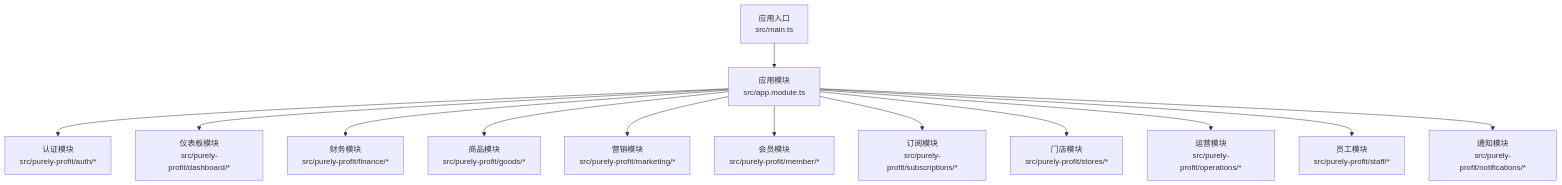
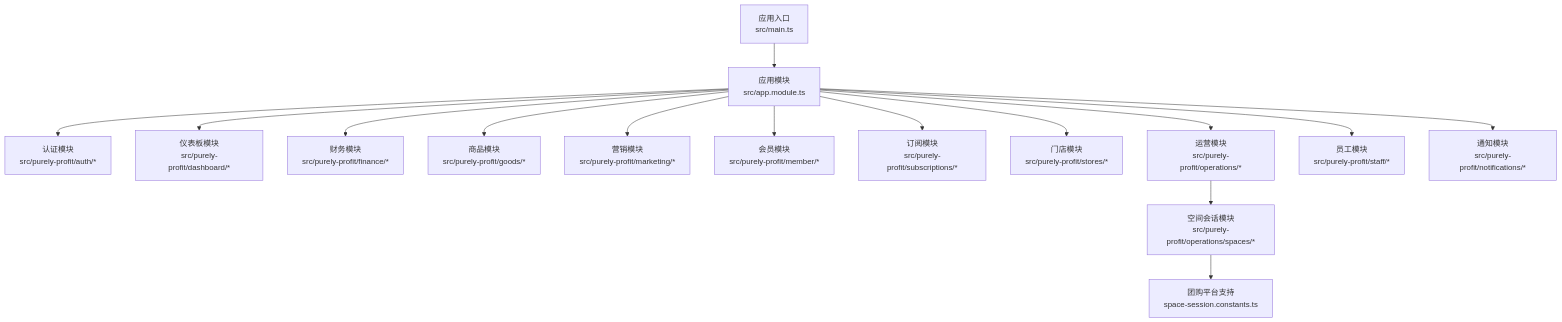
The first of 14 diagrams in .qoder/repowiki/zh/content/API 接口文档/API 接口文档.md (rc558620/purelyprofit-server), drawn with Mermaid before and after one commit. The commit also changed other lines of this file and 117 other files, not shown here.

````diff
--- a/.qoder/repowiki/zh/content/API 接口文档/API 接口文档.md
+++ b/.qoder/repowiki/zh/content/API 接口文档/API 接口文档.md
@@ -264,15 +280,17 @@
 ```mermaid
 graph TB
 A["应用入口<br/>src/main.ts"] --> B["应用模块<br/>src/app.module.ts"]
 B --> C["认证模块<br/>src/purely-profit/auth/*"]
 B --> D["仪表板模块<br/>src/purely-profit/dashboard/*"]
 B --> E["财务模块<br/>src/purely-profit/finance/*"]
 B --> F["商品模块<br/>src/purely-profit/goods/*"]
 B --> G["营销模块<br/>src/purely-profit/marketing/*"]
 B --> H["会员模块<br/>src/purely-profit/member/*"]
 B --> I["订阅模块<br/>src/purely-profit/subscriptions/*"]
 B --> J["门店模块<br/>src/purely-profit/stores/*"]
 B --> K["运营模块<br/>src/purely-profit/operations/*"]
 B --> L["员工模块<br/>src/purely-profit/staff/*"]
 B --> M["通知模块<br/>src/purely-profit/notifications/*"]
+K --> N["空间会话模块<br/>src/purely-profit/operations/spaces/*"]
+N --> O["团购平台支持<br/>space-session.constants.ts"]
 ```
````
